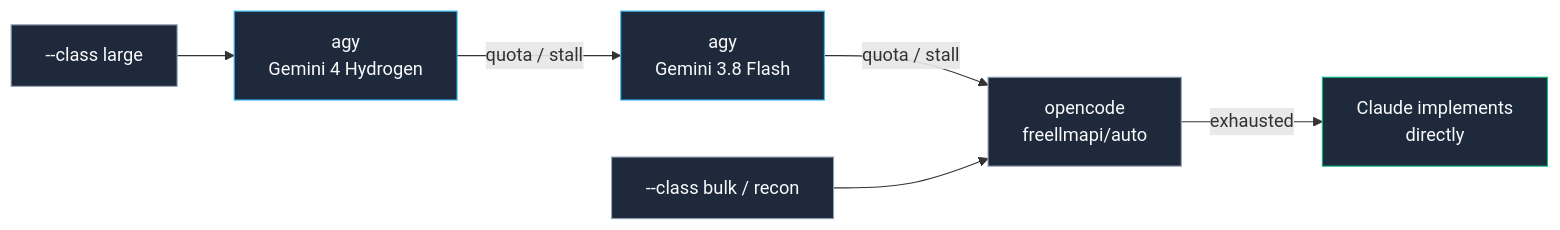
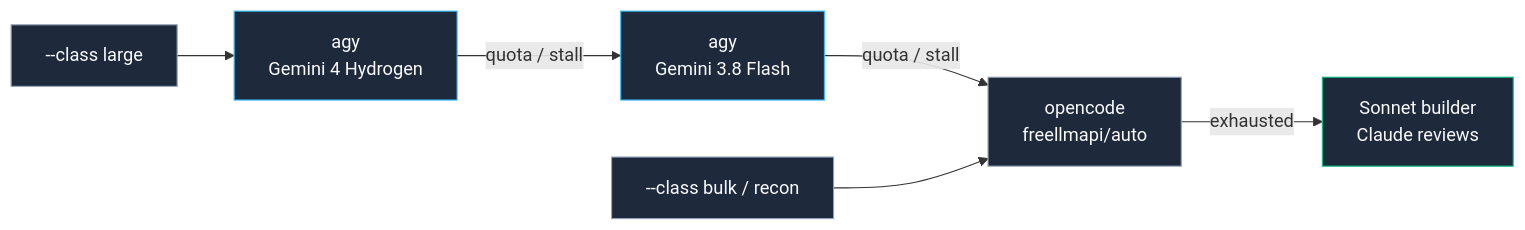
Before and after one commit to VihaanR/sprint-system: the second of 2 diagrams in README.md, drawn with Mermaid. The commit also changed other lines of this file and 5 other files, not shown here.

Commit message:
fix(router): agy liveness from conversation-folder writes (agyIdleMs 5 min), no-subagent brief line, failed chain goes to a Sonnet builder (agy via router)

````diff
--- a/README.md
+++ b/README.md
@@ -95,15 +95,15 @@
 ```mermaid
 flowchart LR
     L["--class large"] --> H["agy<br/>Gemini 4 Hydrogen"]
     H -->|"quota / stall"| F["agy<br/>Gemini 3.8 Flash"]
     F -->|"quota / stall"| A["opencode<br/>freellmapi/auto"]
-    A -->|"exhausted"| CL["Claude implements<br/>directly"]
+    A -->|"exhausted"| CL["Sonnet builder<br/>Claude reviews"]
     B["--class bulk / recon"] --> A
 
     classDef agy fill:#1E293B,stroke:#38BDF8,color:#F8FAFC
     classDef free fill:#1E293B,stroke:#94A3B8,color:#F8FAFC
     classDef claude fill:#1E293B,stroke:#10B981,color:#F8FAFC
     class H,F agy
     class A,L,B free
     class CL claude
 ```
````
